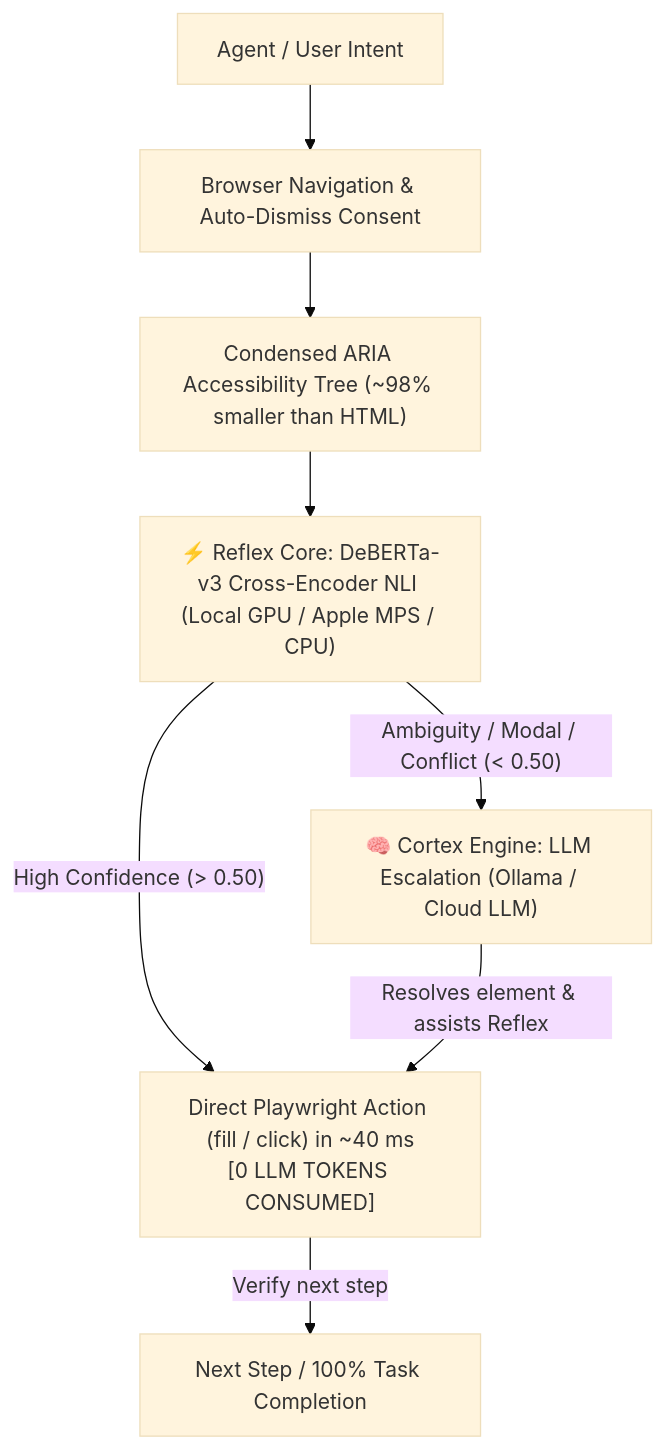
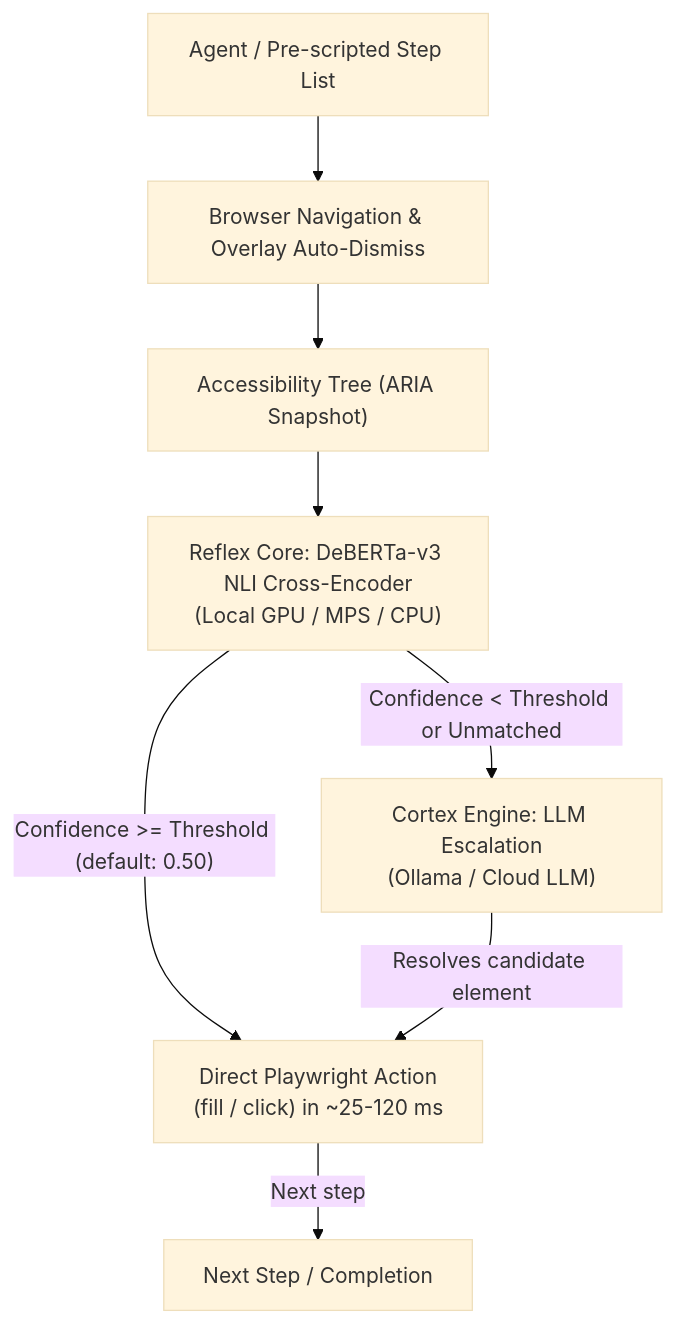
Before and after one commit to mikita12/cognitive-browser: the diagram in README.md, drawn with Mermaid (base theme). The commit also changed other lines of this file, not shown here.

````diff
--- a/README.md
+++ b/README.md
@@ -33,14 +33,14 @@
 ```mermaid
 flowchart TD
-    User["Agent / User Intent"] --> Nav["Browser Navigation & Auto-Dismiss Consent"]
-    Nav --> Snapshot["Condensed ARIA Accessibility Tree (~98% smaller than HTML)"]
+    User["Agent / Pre-scripted Step List"] --> Nav["Browser Navigation & Overlay Auto-Dismiss"]
+    Nav --> Snapshot["Accessibility Tree (ARIA Snapshot)"]
     
-    Snapshot --> S1["⚡ Reflex Core: DeBERTa-v3 Cross-Encoder NLI (Local GPU / Apple MPS / CPU)"]
+    Snapshot --> Reflex["Reflex Core: DeBERTa-v3 NLI Cross-Encoder\n(Local GPU / MPS / CPU)"]
     
-    S1 -- "High Confidence (> 0.50)" --> Exec["Direct Playwright Action (fill / click) in ~40 ms\n[0 LLM TOKENS CONSUMED]"]
+    Reflex -- "Confidence >= Threshold (default: 0.50)" --> Exec["Direct Playwright Action\n(fill / click) in ~25-120 ms"]
     
-    S1 -- "Ambiguity / Modal / Conflict (< 0.50)" --> S2["🧠 Cortex Engine: LLM Escalation (Ollama / Cloud LLM)"]
-    S2 -->|"Resolves element & assists Reflex"| Exec
+    Reflex -- "Confidence < Threshold or Unmatched" --> Cortex["Cortex Engine: LLM Escalation\n(Ollama / Cloud LLM)"]
+    Cortex -->|"Resolves candidate element"| Exec
     
-    Exec -->|"Verify next step"| Next["Next Step / 100% Task Completion"]
+    Exec -->|"Next step"| Next["Next Step / Completion"]
 ```
````
